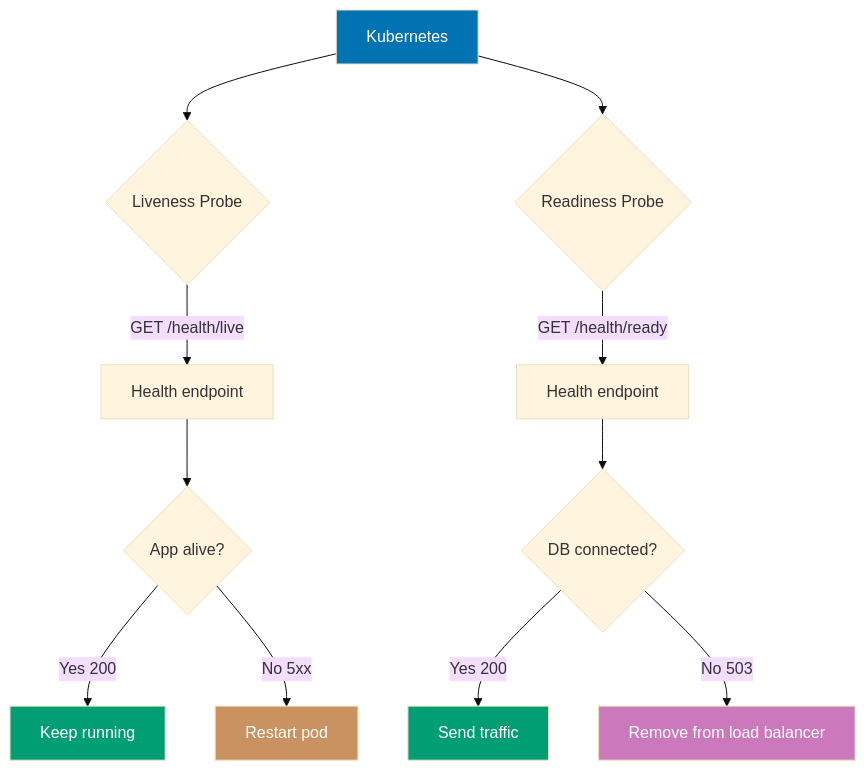
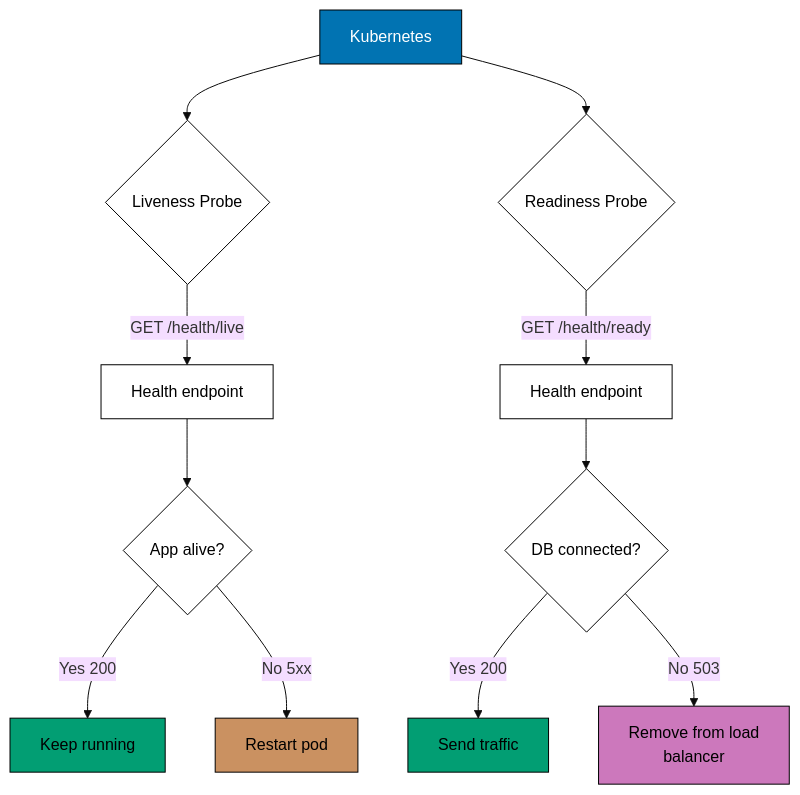
One commit to wahidyankf/ose-public changed the seventh of 10 diagrams in apps/ayokoding-www/content/en/learn/legacy/software-engineering/platforms/web/tools/elixir-phoenix/by-example/advanced.md. Above: the diagram before and after it, drawn with Mermaid (base theme). The commit also changed other lines of this file and 130 other files, not shown here.

First line of the commit message:
fix(mermaid): bring the legacy platforms diagrams onto the accessible palette

````diff
--- a/apps/ayokoding-www/content/en/learn/legacy/software-engineering/platforms/web/tools/elixir-phoenix/by-example/advanced.md
+++ b/apps/ayokoding-www/content/en/learn/legacy/software-engineering/platforms/web/tools/elixir-phoenix/by-example/advanced.md
@@ -1131,21 +1166,28 @@
 ```mermaid
 %% Health check flow in Kubernetes
 graph TD
+    accTitle: Example 63: Health Checks for Kubernetes
+    accDescr: Graph with 11 nodes and 10 connections. Nodes: Kubernetes, Liveness Probe, Health endpoint, App alive?, Keep running, Restart pod, Readiness Probe, Health endpoint, DB connected?, Send traffic, Remove from load balancer. Connections: Kubernetes to Liveness Probe, Liveness Probe to Health endpoint (GET /health/live), Health endpoint to App alive?, App alive? to Keep running (Yes 200), App alive? to Restart pod (No 5xx), Kubernetes to Readiness Probe, Readiness Probe to Health endpoint (GET /health/ready), Health endpoint to DB connected?, DB connected? to Send traffic (Yes 200), DB connected? to Remove from load balancer (No 503).
     A[Kubernetes] --> B{Liveness Probe}
     B -->|GET /health/live| C[Health endpoint]
     C --> D{App alive?}
     D -->|Yes 200| E[Keep running]
     D -->|No 5xx| F[Restart pod]
 
     A --> G{Readiness Probe}
     G -->|GET /health/ready| H[Health endpoint]
     H --> I{DB connected?}
     I -->|Yes 200| J[Send traffic]
-    I -->|No 503| K[Remove from load balancer]
+    I -->|No 503| K[Remove from load<br/>balancer]
 
-    style A fill:#0173B2,color:#fff
-    style E fill:#029E73,color:#fff
-    style F fill:#CA9161,color:#fff
-    style J fill:#029E73,color:#fff
-    style K fill:#CC78BC,color:#fff
+    classDef pal-0173B2 fill:#0173B2,stroke:#000000,color:#FFFFFF
+    class A pal-0173B2
+    classDef pal-029E73 fill:#029E73,stroke:#000000,color:#000000
+    class E pal-029E73
+    classDef pal-CA9161 fill:#CA9161,stroke:#000000,color:#000000
+    class F pal-CA9161
+    class J pal-029E73
+    classDef pal-CC78BC fill:#CC78BC,stroke:#000000,color:#000000
+    class K pal-CC78BC
+    classDef default fill:#FFFFFF,stroke:#000000,color:#000000
 ```
````
